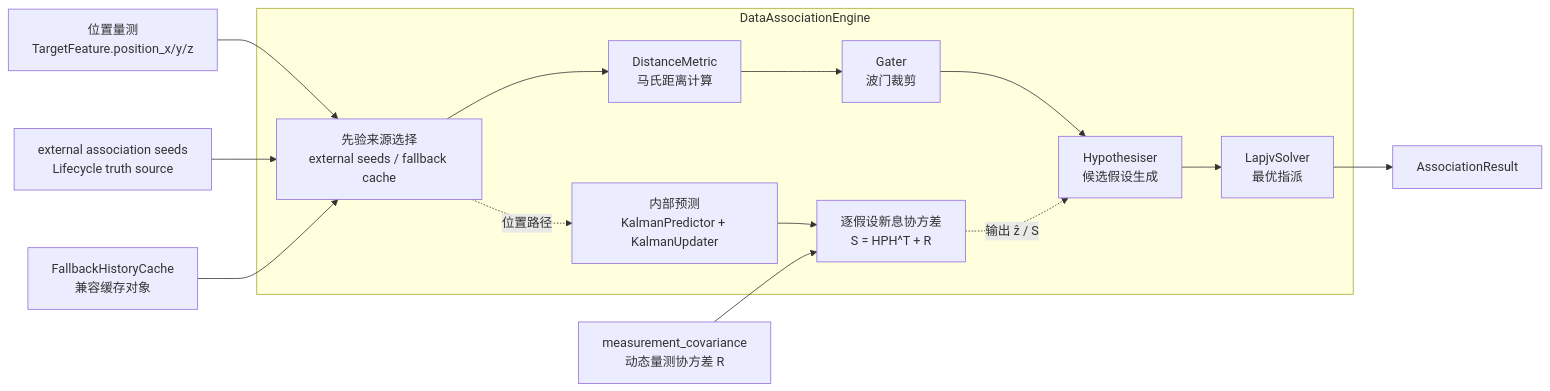
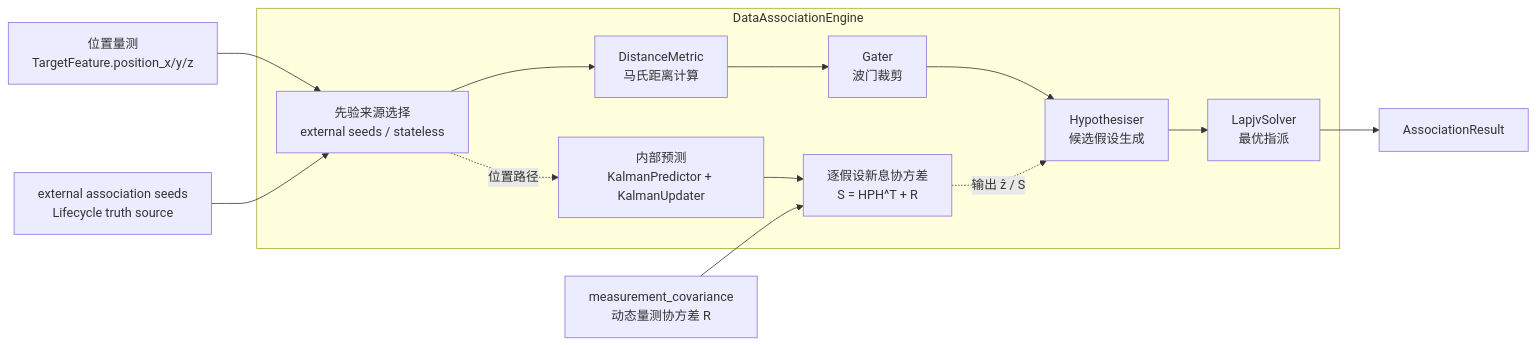
The third of 8 diagrams in doc/architecture/signal/signal-architecture.md (boilwater-3/1q), drawn with Mermaid before and after one commit. The commit also changed other lines of this file and 7 other files, not shown here.

````diff
--- a/doc/architecture/signal/signal-architecture.md
+++ b/doc/architecture/signal/signal-architecture.md
@@ -174,18 +174,17 @@
 ```mermaid
 flowchart LR
     subgraph DataAssociationEngine
-        MODE["先验来源选择<br/>external seeds / fallback cache"]
+        MODE["先验来源选择<br/>external seeds / stateless"]
         PRED["内部预测<br/>KalmanPredictor + KalmanUpdater"]
         INNOV["逐假设新息协方差<br/>S = HPH^T + R"]
         M["DistanceMetric<br/>马氏距离计算"] --> G["Gater<br/>波门裁剪"]
         G --> H["Hypothesiser<br/>候选假设生成"]
         H --> S["LapjvSolver<br/>最优指派"]
     end
     DET["位置量测<br/>TargetFeature.position_x/y/z"] --> MODE
     EXT["external association seeds<br/>Lifecycle truth source"] --> MODE
-    FALLBACK["FallbackHistoryCache<br/>兼容缓存对象"] --> MODE
     MEAS_COV["measurement_covariance<br/>动态量测协方差 R"] --> INNOV
     MODE --> M
     MODE -. 位置路径 .-> PRED --> INNOV -. 输出 ẑ / S .-> H
     S --> OUTPUT["AssociationResult"]
 ```
````
